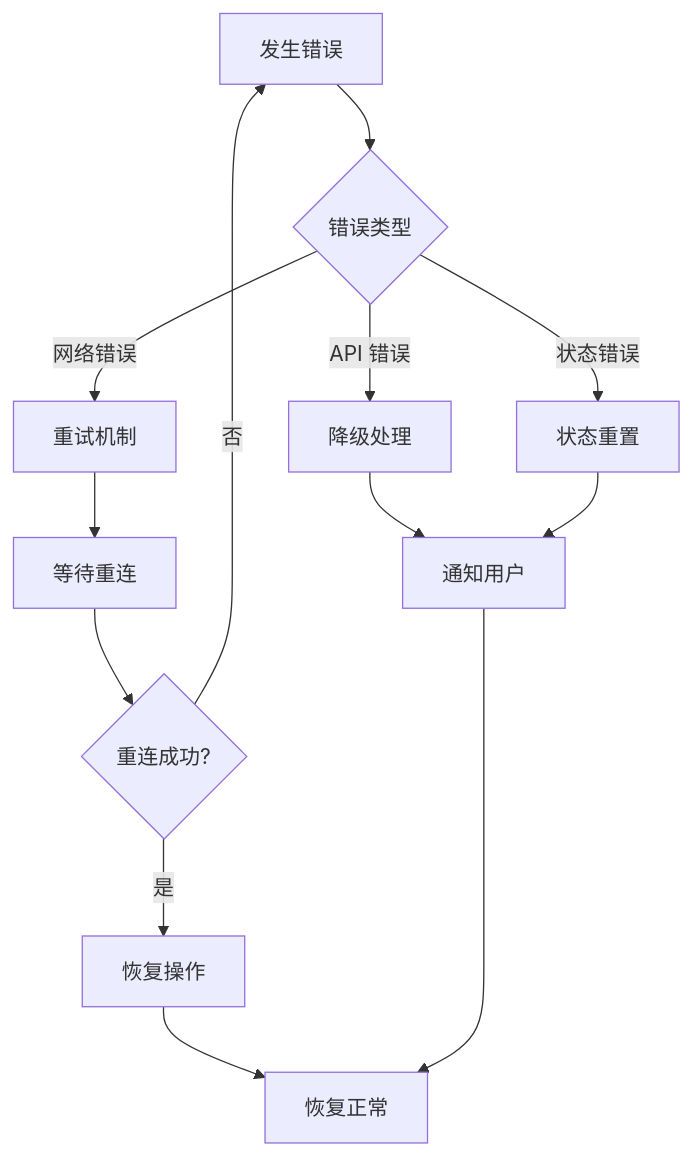
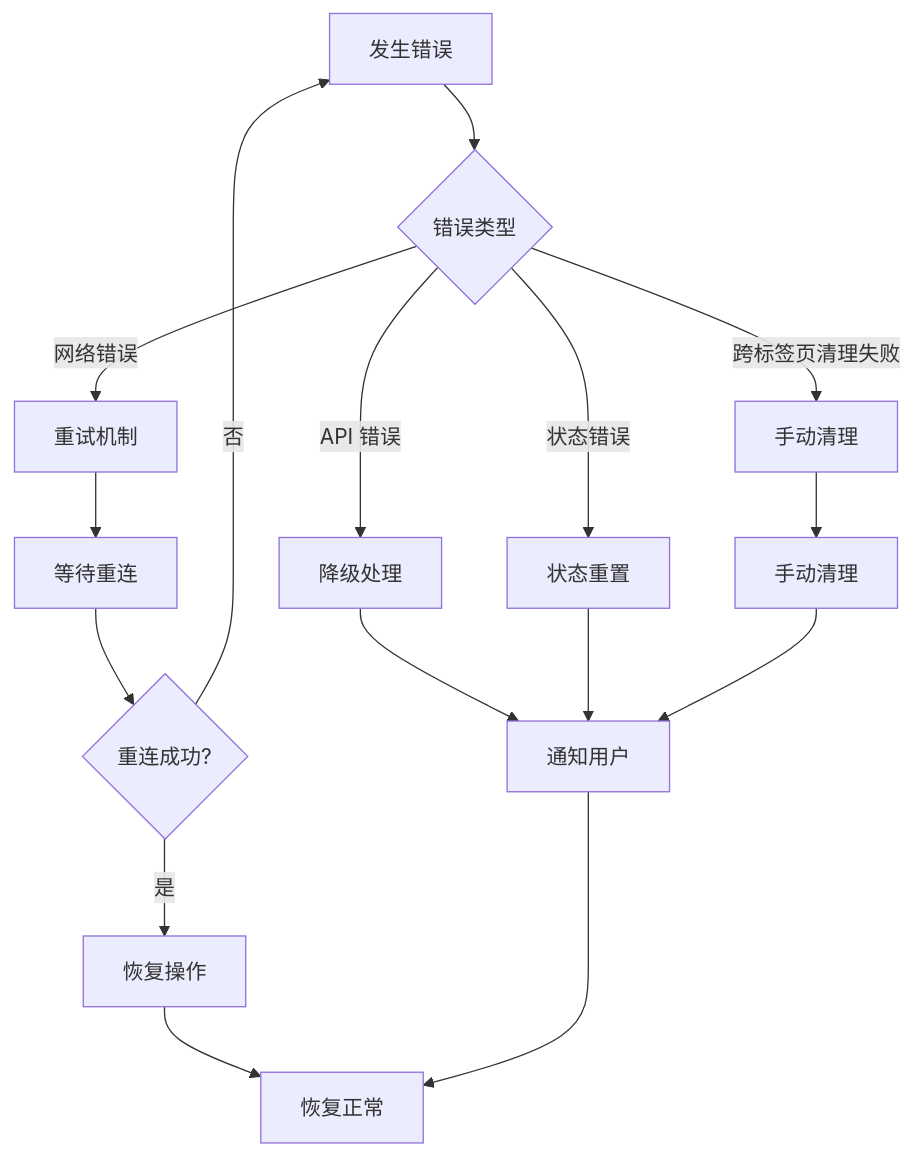
Diagram 11 of 11 in .qoder/repowiki/zh/content/前端应用/UI 组件库/队列面板组件.md (billye220670/CorineKit_Pix2Real), drawn with Mermaid before and after one commit. The commit also changed other lines of this file and 54 other files, not shown here.

First line of the commit message:
feat: 模型下拉菜单元数据管理（缩略图+重命名）及session mask恢复优化

````diff
--- a/.qoder/repowiki/zh/content/前端应用/UI 组件库/队列面板组件.md
+++ b/.qoder/repowiki/zh/content/前端应用/UI 组件库/队列面板组件.md
@@ -395,15 +442,18 @@
 ```mermaid
 flowchart TD
 Error[发生错误] --> Check{错误类型}
 Check --> |网络错误| Retry[重试机制]
 Check --> |API 错误| Fallback[降级处理]
 Check --> |状态错误| Reset[状态重置]
+Check --> |跨标签页清理失败| Cleanup[手动清理]
 Retry --> Wait[等待重连]
 Wait --> Success{重连成功?}
 Success --> |是| Resume[恢复操作]
 Success --> |否| Error
 Fallback --> Notify[通知用户]
 Reset --> Notify
+Cleanup --> Manual[手动清理]
+Manual --> Notify
 Resume --> Normal[恢复正常]
 Notify --> Normal
 ```
````
